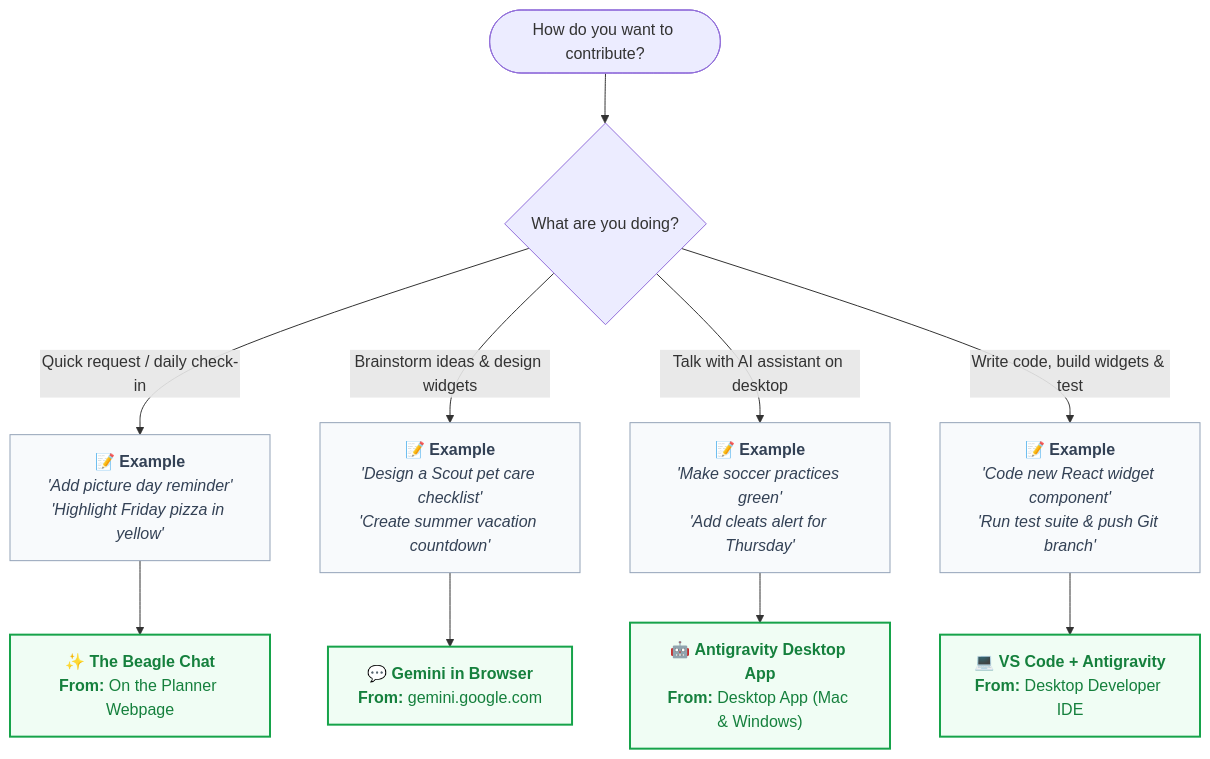
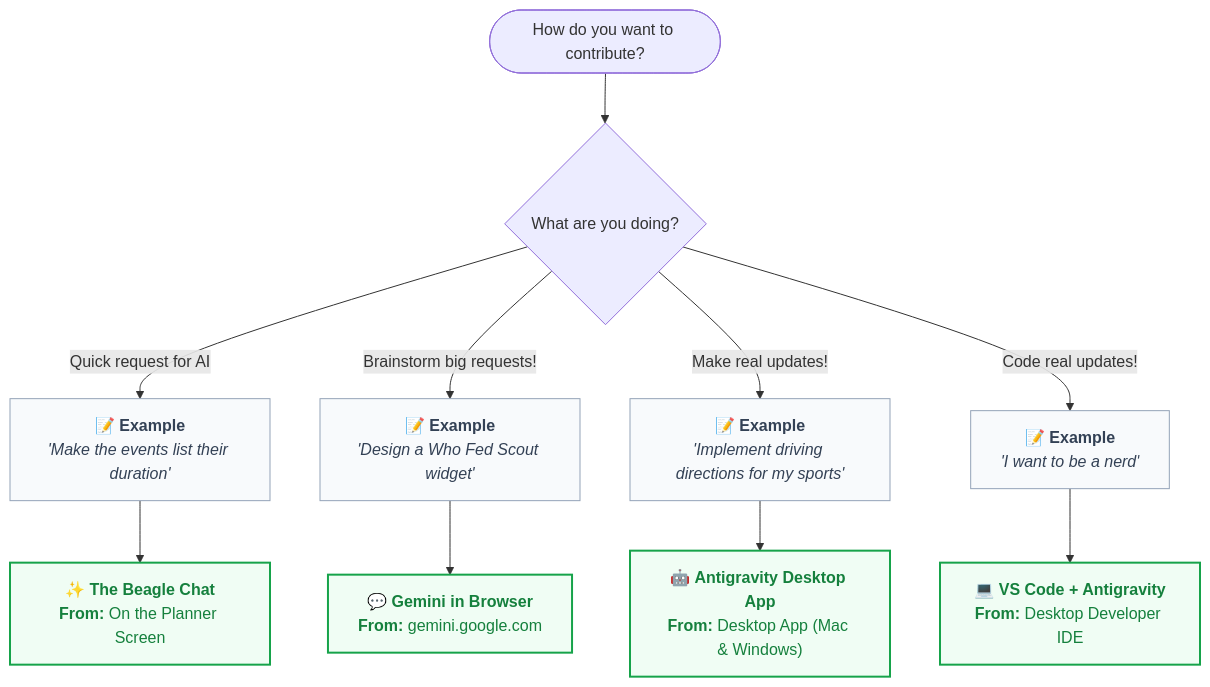
One commit to Swensation/swentonelli changed the diagram in README.md. Above: the diagram before and after it, drawn with Mermaid. The commit also changed other lines of this file and 3 other files, not shown here.

Commit message:
feat(ui): add ? help button to header and update onboarding flowchart labels & examples

````diff
--- a/README.md
+++ b/README.md
@@ -9,25 +9,25 @@
 ```mermaid
 flowchart TD
     Start([How do you want to contribute?]) --> Q1{What are you doing?}
 
-    %% Path 1: Quick requests / feedback on live screen
-    Q1 -->|Quick request / daily check-in| Ex1["📝 <b>Example</b><br><i>'Add picture day reminder'</i><br><i>'Highlight Friday pizza in yellow'</i>"]
-    Ex1 --> Opt1["✨ <b>The Beagle Chat</b><br><b>From:</b> On the Planner Webpage"]
+    %% Path 1: Quick requests
+    Q1 -->|Quick request for AI| Ex1["📝 <b>Example</b><br><i>'Make the events list their duration'</i>"]
+    Ex1 --> Opt1["✨ <b>The Beagle Chat</b><br><b>From:</b> On the Planner Screen"]
 
-    %% Path 2: Brainstorming & spec creation
-    Q1 -->|Brainstorm ideas & design widgets| Ex2["📝 <b>Example</b><br><i>'Design a Scout pet care checklist'</i><br><i>'Create summer vacation countdown'</i>"]
+    %% Path 2: Big brainstorming
+    Q1 -->|Brainstorm big requests!| Ex2["📝 <b>Example</b><br><i>'Design a Who Fed Scout widget'</i>"]
     Ex2 --> Opt2["💬 <b>Gemini in Browser</b><br><b>From:</b> gemini.google.com"]
 
-    %% Path 3: Direct desktop conversational app
-    Q1 -->|Talk with AI assistant on desktop| Ex3["📝 <b>Example</b><br><i>'Make soccer practices green'</i><br><i>'Add cleats alert for Thursday'</i>"]
+    %% Path 3: Direct desktop updates
+    Q1 -->|Make real updates!| Ex3["📝 <b>Example</b><br><i>'Implement driving directions for my sports'</i>"]
     Ex3 --> Opt3["🤖 <b>Antigravity Desktop App</b><br><b>From:</b> Desktop App (Mac & Windows)"]
 
-    %% Path 4: Full coding & testing
-    Q1 -->|Write code, build widgets & test| Ex4["📝 <b>Example</b><br><i>'Code new React widget component'</i><br><i>'Run test suite & push Git branch'</i>"]
+    %% Path 4: Full coding & developer
+    Q1 -->|Code real updates!| Ex4["📝 <b>Example</b><br><i>'I want to be a nerd'</i>"]
     Ex4 --> Opt4["💻 <b>VS Code + Antigravity</b><br><b>From:</b> Desktop Developer IDE"]
 
     classDef exBox fill:#f8fafc,stroke:#94a3b8,stroke-width:1px,color:#334155;
     classDef optBox fill:#f0fdf4,stroke:#16a34a,stroke-width:2px,color:#15803d;
     class Ex1,Ex2,Ex3,Ex4 exBox;
     class Opt1,Opt2,Opt3,Opt4 optBox;
 ```
````
